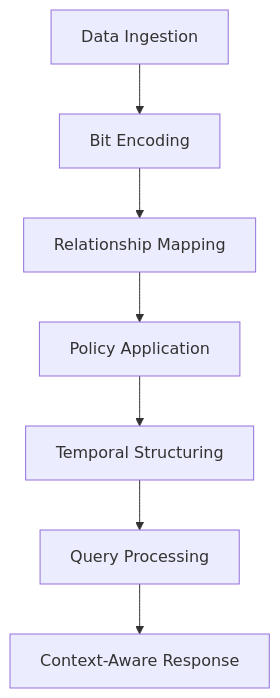
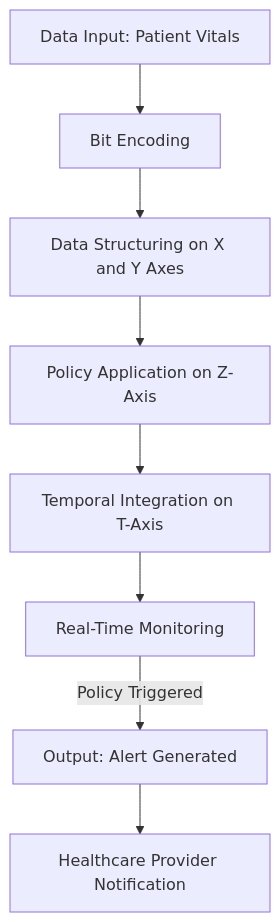
Before and after one commit to TheGuyFromTheApprentice/ActiveGraphNetworks: the second of 3 diagrams in AGT_Whitepaper.md, drawn with Mermaid. The commit also changed other lines of this file, not shown here.

````diff
--- a/AGT_Whitepaper.md
+++ b/AGT_Whitepaper.md
@@ -256,12 +202,10 @@
 ```mermaid
 flowchart TD
-    A[Data Ingestion]
-    B[Bit Encoding]
-    C[Relationship Mapping]
-    D[Policy Application]
-    E[Temporal Structuring]
-    F[Query Processing]
-    G[Context-Aware Response]
-
-    A --> B --> C --> D --> E --> F --> G
+    Input[Data Input: Patient Vitals] --> Encoding[Bit Encoding]
+    Encoding --> Structuring[Data Structuring on X and Y Axes]
+    Structuring --> PolicyApp[Policy Application on Z-Axis]
+    PolicyApp --> Temporal[Temporal Integration on T-Axis]
+    Temporal --> Monitoring[Real-Time Monitoring]
+    Monitoring -->|Policy Triggered| Alert[Output: Alert Generated]
+    Alert --> Provider[Healthcare Provider Notification]
 ```
````
